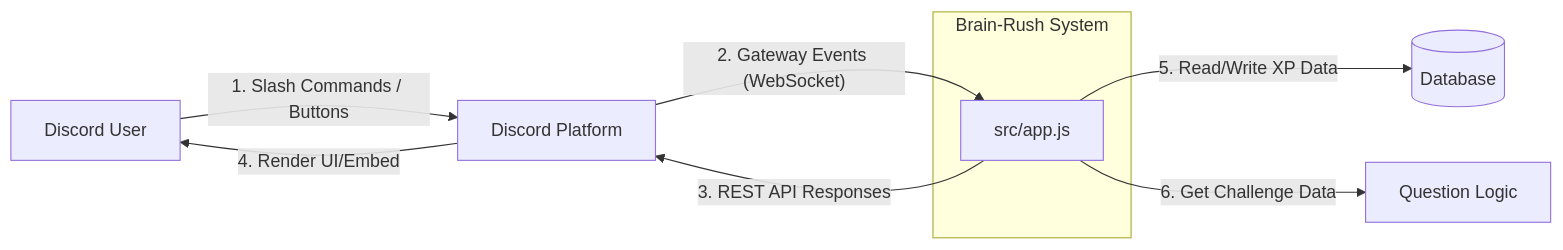
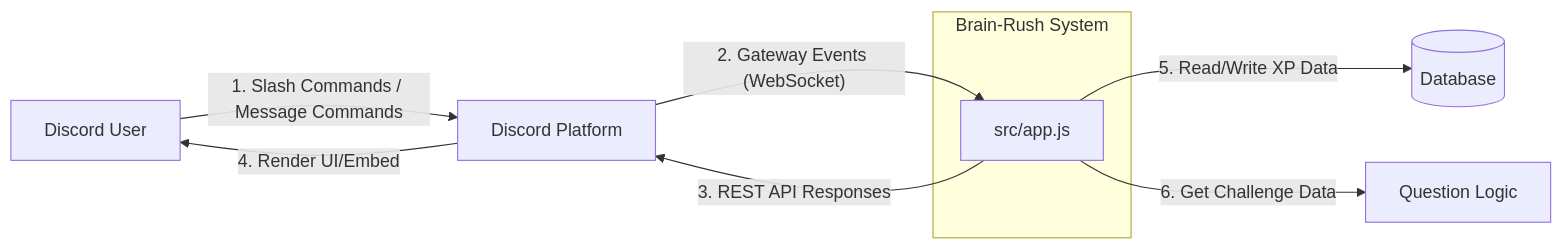
One commit to CSS360-2026-Au-D/Brain-Rush changed the diagram in ARCHITECTURE.md. Above: the diagram before and after it, drawn with Mermaid. The commit also changed other lines of this file, not shown here.

Commit message:
docs(michael): include prefix message commands in context diagram
Updated the description of user interactions and clarified the role of the Discord Platform in communication.

````diff
--- a/ARCHITECTURE.md
+++ b/ARCHITECTURE.md
@@ -11,24 +11,24 @@
 ```mermaid
 flowchart LR
     %% External Entities
     U[Discord User]
     DC[Discord Platform]
     
     %% Core System Boundary
     subgraph Brain-Rush System
         BOT[src/app.js]
     end
     
     %% External Dependencies
     DB[(Database)]
     QG[Question Logic]
 
     %% Data Flows
-    U -- "1. Slash Commands / Buttons" --> DC
+    U -- "1. Slash Commands / Message Commands" --> DC
     DC -- "2. Gateway Events (WebSocket)" --> BOT
     BOT -- "3. REST API Responses" --> DC
     DC -- "4. Render UI/Embed" --> U
     
     BOT -- "5. Read/Write XP Data" --> DB
     BOT -- "6. Get Challenge Data" --> QG
 ```
````
